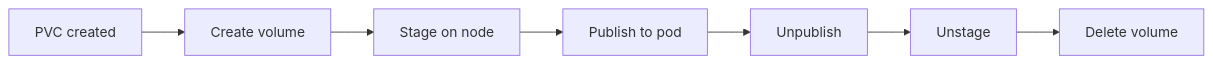
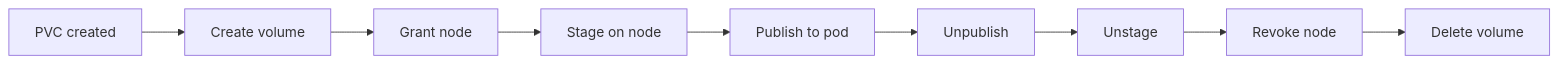
Before and after one commit to timpa0130/nvmeof-csi: the first of 5 diagrams in design/volume-lifecycle.md, drawn with Mermaid. The commit also changed other lines of this file and 14 other files, not shown here.

````diff
--- a/design/volume-lifecycle.md
+++ b/design/volume-lifecycle.md
@@ -12,9 +12,11 @@
 ```mermaid
 flowchart LR
     PVC["PVC created"] --> CREATE["Create volume"]
-    CREATE --> STAGE["Stage on node"]
+    CREATE --> GRANT["Grant node"]
+    GRANT --> STAGE["Stage on node"]
     STAGE --> PUBLISH["Publish to pod"]
     PUBLISH --> UNPUB["Unpublish"]
     UNPUB --> UNSTAGE["Unstage"]
-    UNSTAGE --> DELETE["Delete volume"]
+    UNSTAGE --> REVOKE["Revoke node"]
+    REVOKE --> DELETE["Delete volume"]
 ```
````
